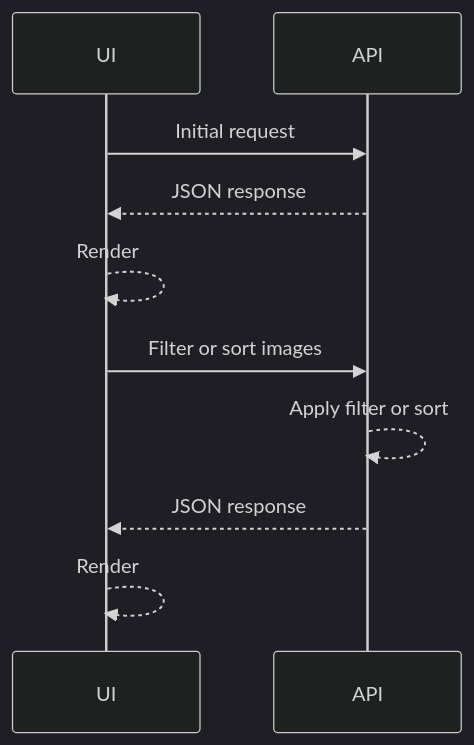
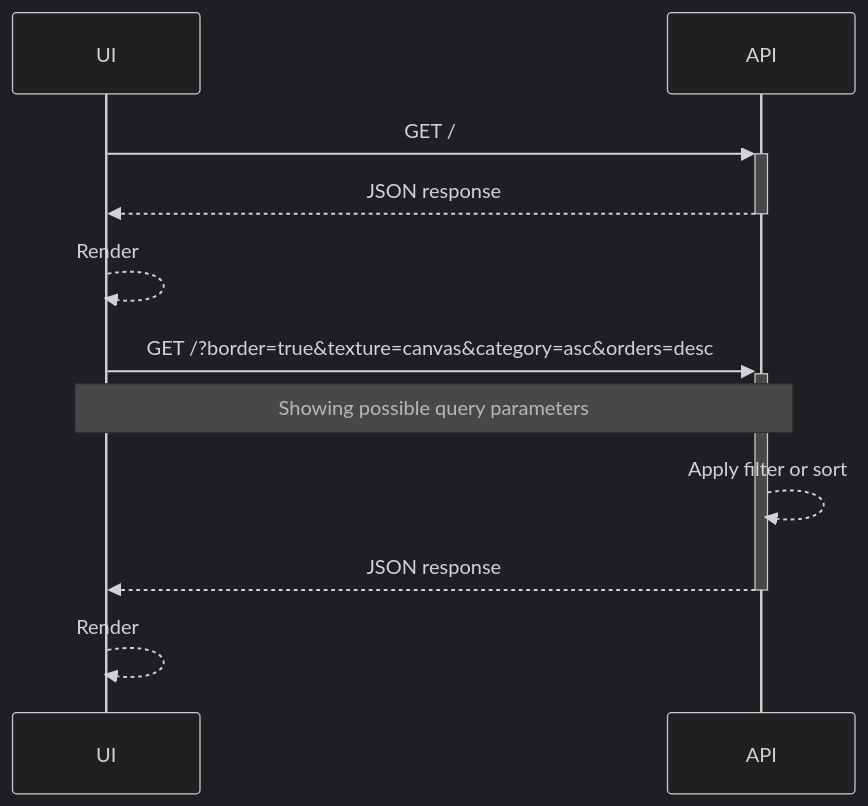
The second of 2 diagrams in docs/ARCHITECTURE.md (albumprinter/EPT-Assignment), drawn with Mermaid (dark theme) before and after one commit. The commit also changed other lines of this file and 1 other file, not shown here.

Commit message:
docs(architecture): add flowchart showing aws infra

````diff
--- a/docs/ARCHITECTURE.md
+++ b/docs/ARCHITECTURE.md
@@ -5,10 +27,11 @@
 ```mermaid
 sequenceDiagram
-    UI->>API: Initial request
-    API-->>UI: JSON response
+    UI->>+API: GET /
+    API-->>-UI: JSON response
     UI-->>UI: Render
-    UI->>API: Filter or sort images
+    UI->>+API: GET /?border=true&texture=canvas&category=asc&orders=desc
+    Note over UI,API: Showing possible query parameters
     API-->>API: Apply filter or sort
-    API-->>UI: JSON response
+    API-->>-UI: JSON response
     UI-->>UI: Render
 ```
````
